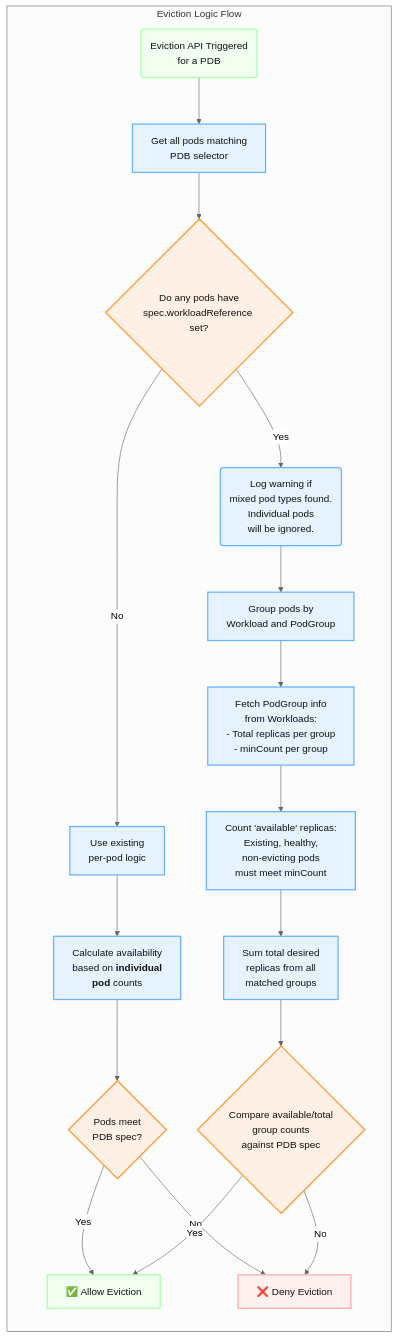
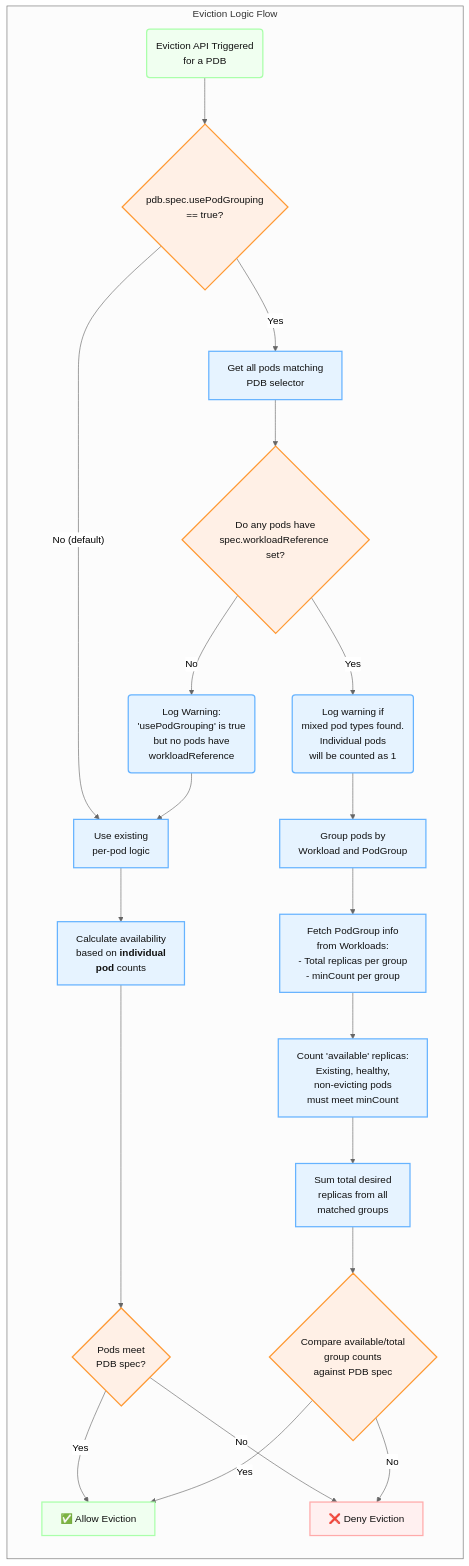
One commit to kubernetes/enhancements changed the third of 3 diagrams in keps/sig-apps/draft-20251010-multipod-pdb/README.md. Above: the diagram before and after it, drawn with Mermaid (neutral theme). The commit also changed other lines of this file, not shown here.

````diff
--- a/keps/sig-apps/draft-20251010-multipod-pdb/README.md
+++ b/keps/sig-apps/draft-20251010-multipod-pdb/README.md
@@ -482,38 +536,43 @@
 ```mermaid
 graph TD
     subgraph "Eviction Logic Flow"
         direction TB
         
-        Start(Eviction API Triggered<br/>for a PDB) --> GetPods[Get all pods matching<br/>PDB selector]
+        Start(Eviction API Triggered<br/>for a PDB) --> CheckFlag{pdb.spec.usePodGrouping<br/>== true?}
+        class CheckFlag decision
         
-        GetPods --> CheckWorkload{Do any pods have<br/>spec.workloadReference set?}
-        
-        %% Branch 1: Legacy Path (No Workload Pods)
-        CheckWorkload -- "No" --> LegacyLogic[Use existing<br/>per-pod logic]
+        %% Branch 1: Legacy Path (Flag False)
+        CheckFlag -- "No (default)" --> LegacyLogic[Use existing<br/>per-pod logic]
         LegacyLogic --> CalcPods[Calculate availability<br/>based on <b>individual<br/>pod</b> counts]
         CalcPods --> DecisionLegacy{Pods meet<br/>PDB spec?}
         DecisionLegacy -- "Yes" --> Allow[✅ Allow Eviction]
         DecisionLegacy -- "No" --> Deny[❌ Deny Eviction]
 
-        %% Branch 2: New Path (Workload-Aware Pods)
-        CheckWorkload -- "Yes" --> WarnMixed(Log warning if<br/>mixed pod types found.<br/>Individual pods<br/>will be ignored.)
+        %% Branch 2: New Path (Flag True)
+        CheckFlag -- "Yes" --> GetPods[Get all pods matching<br/>PDB selector]
+        GetPods --> CheckWorkload{Do any pods have<br/>spec.workloadReference set?}
+        
+        CheckWorkload -- "No" --> WarnMismatched(Log Warning:<br/>'usePodGrouping' is true<br/>but no pods have<br/>workloadReference)
+        WarnMismatched --> LegacyLogic
+
+        CheckWorkload -- "Yes" --> WarnMixed(Log warning if<br/>mixed pod types found.<br/>Individual pods<br/>will be counted as 1)
         WarnMixed --> GroupPods[Group pods by<br/>Workload and PodGroup]
         GroupPods --> FetchGroupInfo[Fetch PodGroup info<br/>from Workloads:<br/>- Total replicas per group<br/>- minCount per group]
         FetchGroupInfo --> CountAvailable[Count 'available' replicas:<br/>Existing, healthy,<br/>non-evicting pods<br/>must meet minCount]
         CountAvailable --> SumTotalReplicas[Sum total desired<br/>replicas from all<br/>matched groups]
         SumTotalReplicas --> DecisionNew{Compare available/total<br/>group counts<br/>against PDB spec}
         DecisionNew -- "Yes" --> Allow
         DecisionNew -- "No" --> Deny
     end
 
     %% Styling (with dark text color for readability)
     classDef decision fill:#fff0e6,stroke:#ff9933,stroke-width:2px,color:#111
     classDef process fill:#e6f3ff,stroke:#66b3ff,stroke-width:2px,color:#111
     classDef startEnd fill:#f0fff0,stroke:#aaffaa,stroke-width:2px,color:#111
     classDef error fill:#fff0f0,stroke:#ffaaaa,stroke-width:2px,color:#111
     
     class Start,Allow,Deny startEnd
     class Deny error
-    class GetPods,LegacyLogic,CalcPods,WarnMixed,GroupPods,FetchGroupInfo,CountAvailable,SumTotalReplicas process
-    class CheckWorkload,DecisionLegacy,DecisionNew decision
+    class GetPods,LegacyLogic,CalcPods,WarnMixed,WarnMismatched,GroupPods,FetchGroupInfo,CountAvailable,SumTotalReplicas process
+    class CheckWorkload,DecisionLegacy,DecisionNew,CheckFlag decision
 ```
````
